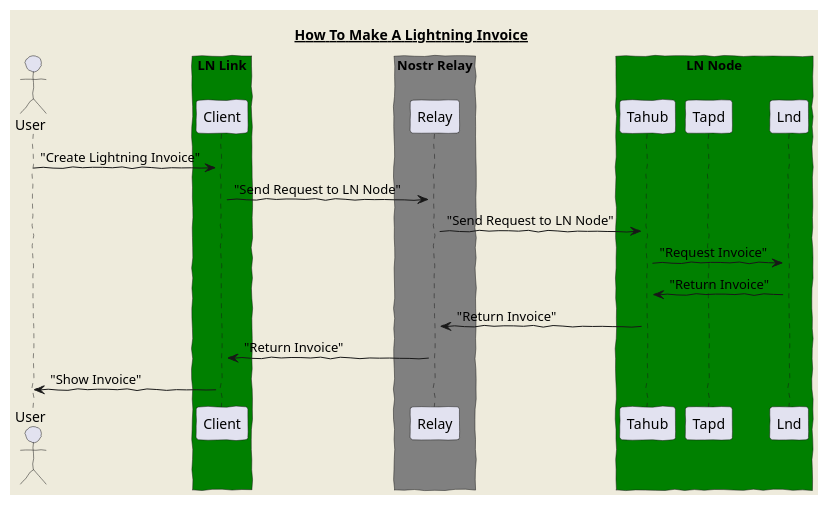
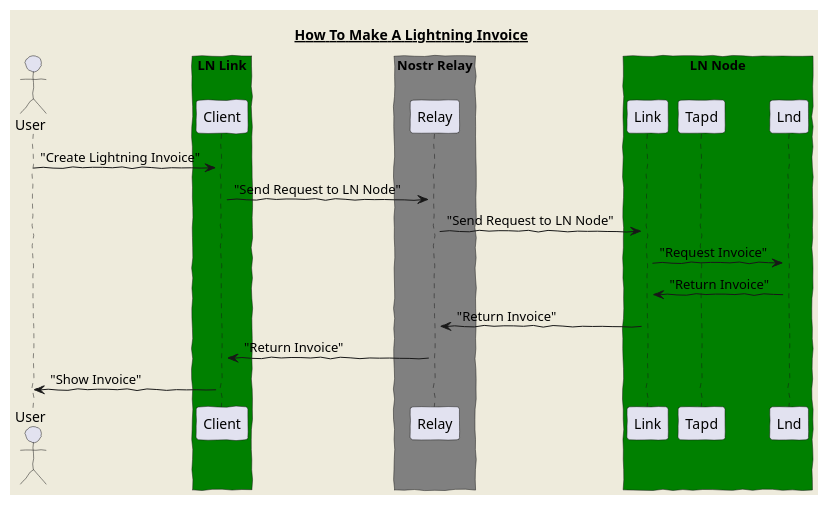
Before and after one commit to lnfi-network/ln-node: the second of 3 diagrams in LNLink/LNNode.puml, drawn with PlantUML. The commit also changed other lines of this file and 2 other files, not shown here.

```diff
--- a/LNLink/LNNode.puml
+++ b/LNLink/LNNode.puml
@@ -35,32 +35,32 @@
 @startuml Lnd
 skinparam backgroundColor #EEEBDC
 skinparam handwritten true
 
 title
  <u>How To Make A Lightning Invoice</u>
 end title
 actor User
 
 box "LN Link" #green
 activate "Client"
 end box
 
 box "Nostr Relay" #Grey
 activate "Relay"
 end box
 
 box "LN Node" #green
-activate "Tahub"
+activate "Link"
 activate "Tapd"
 activate "Lnd"
 end box
 
 User -> Client: "Create Lightning Invoice"
 Client -> Relay : "Send Request to LN Node"
-Relay -> Tahub : "Send Request to LN Node"
-Tahub -> Lnd : "Request Invoice"
-Lnd -> Tahub : "Return Invoice"
-Tahub -> Relay: "Return Invoice"
+Relay -> Link : "Send Request to LN Node"
+Link -> Lnd : "Request Invoice"
+Lnd -> Link : "Return Invoice"
+Link -> Relay: "Return Invoice"
 Relay -> Client: "Return Invoice"
 Client -> User: "Show Invoice"
 @enduml
```
